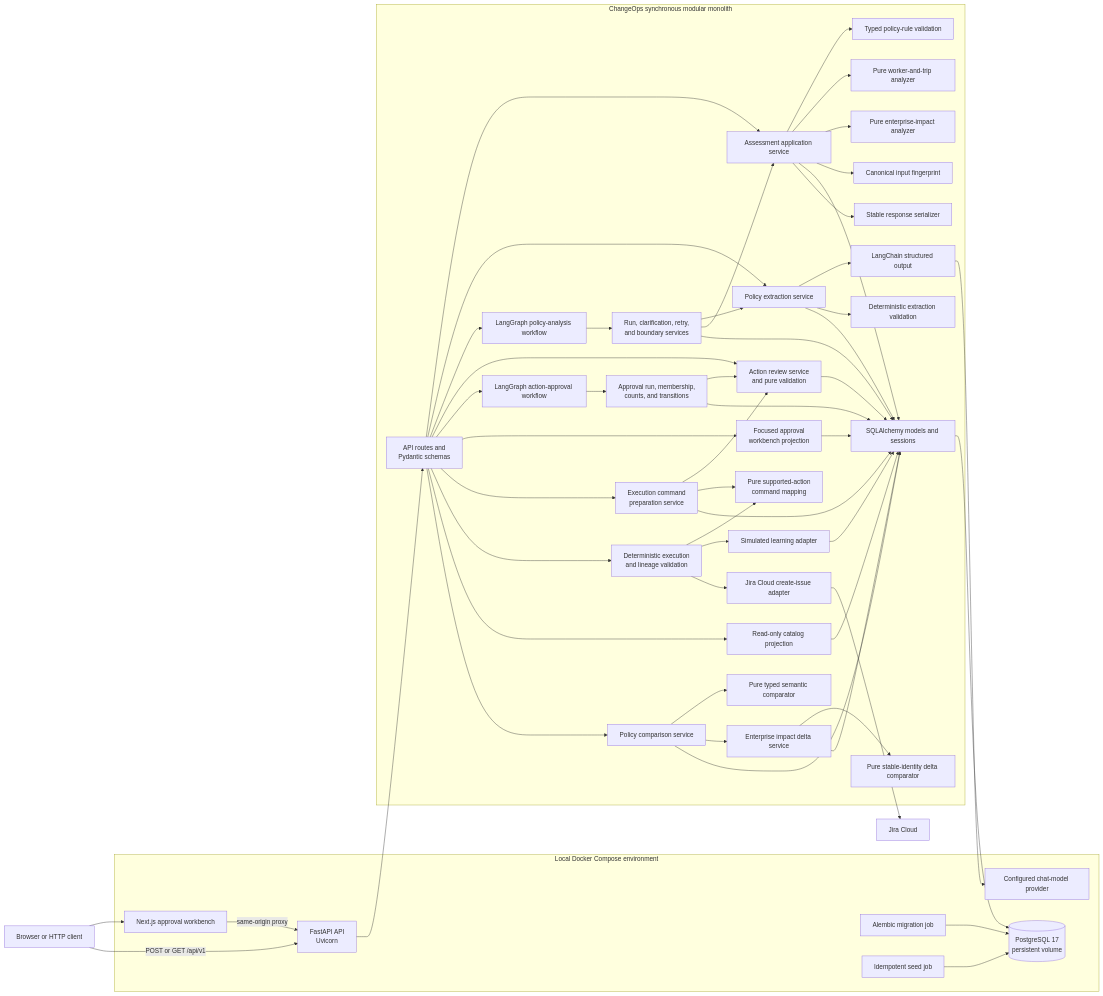
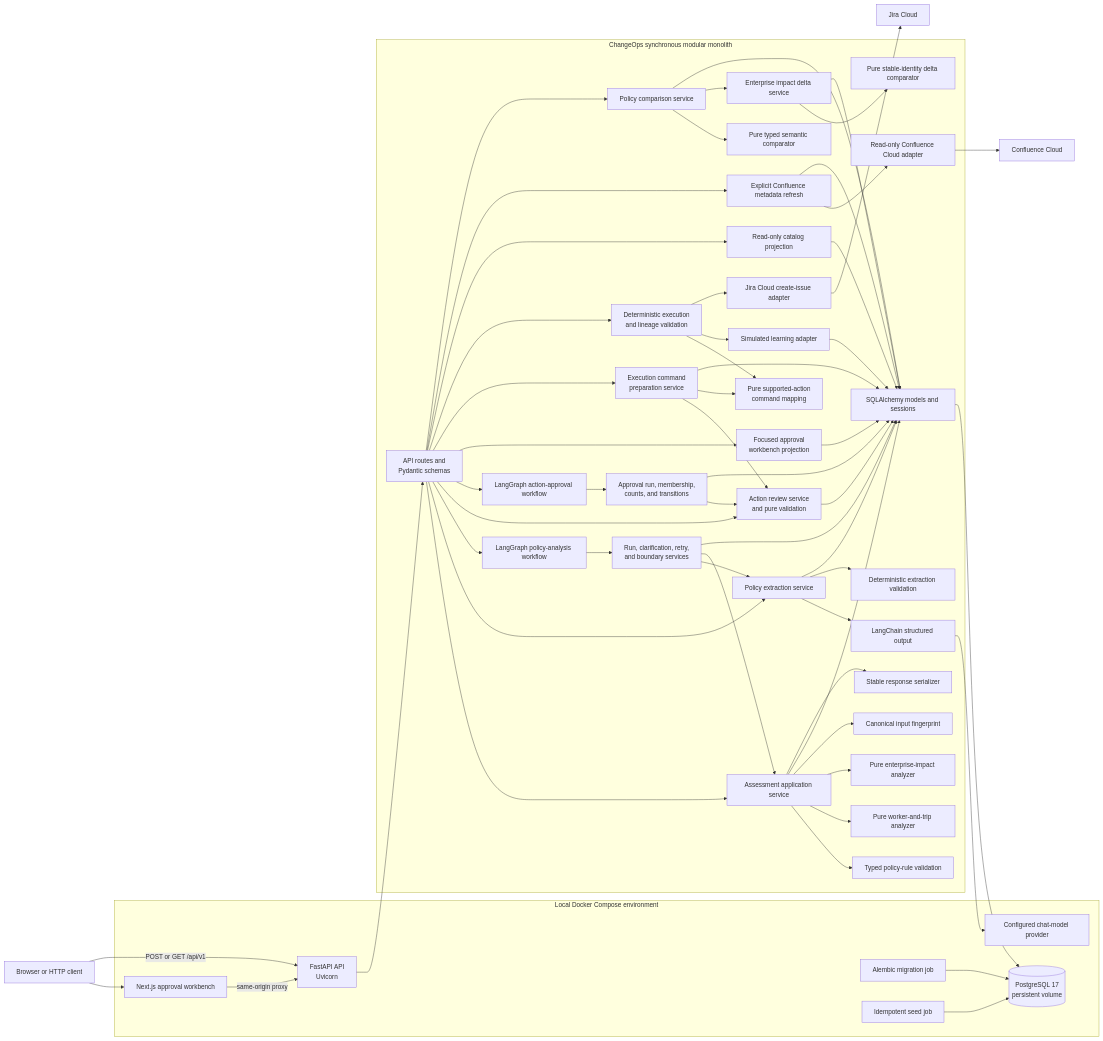
The first of 5 diagrams in docs/architecture.md (jaydreyer/ChangeOps), drawn with Mermaid before and after one commit. The commit also changed other lines of this file and 31 other files, not shown here.

Commit message:
Add read-only Confluence document identity

```diff
--- a/docs/architecture.md
+++ b/docs/architecture.md
@@ -50,6 +50,8 @@
         ImpactDelta["Enterprise impact delta service"]
         DeltaComparator["Pure stable-identity delta comparator"]
         CatalogProjection["Read-only catalog projection"]
+        ConfluenceRefresh["Explicit Confluence metadata refresh"]
+        ConfluenceAdapter["Read-only Confluence Cloud adapter"]
         ORM["SQLAlchemy models and sessions"]
     end
 
@@ -88,6 +90,10 @@
     CommandPreparation --> ORM
     Routes --> ExecutionService
     Routes --> CatalogProjection
+    Routes --> ConfluenceRefresh
+    ConfluenceRefresh --> ConfluenceAdapter
+    ConfluenceRefresh --> ORM
+    ConfluenceAdapter --> ConfluenceCloud["Confluence Cloud"]
     Routes --> Comparison
     Comparison --> Comparator
     Comparison --> ImpactDelta
```
